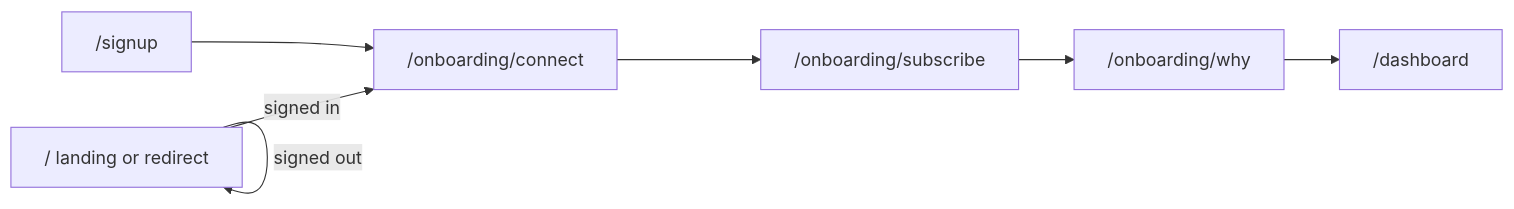
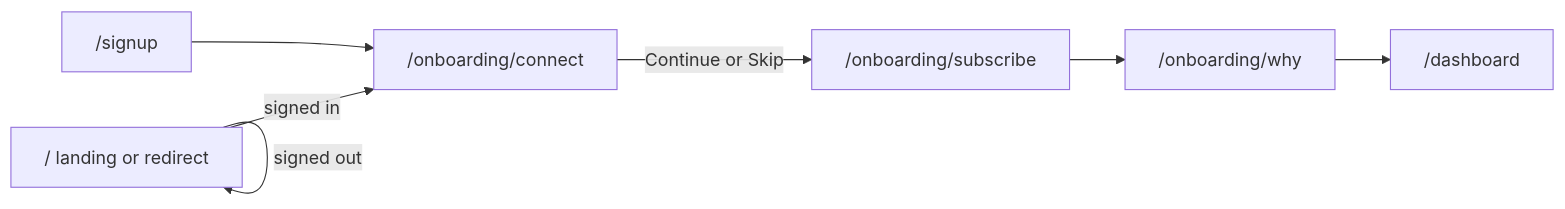
Before and after one commit to myanmd698/atlas4.27: the first of 2 diagrams in ATLAS.md, drawn with Mermaid. The commit also changed other lines of this file, not shown here.

````diff
--- a/ATLAS.md
+++ b/ATLAS.md
@@ -46,16 +49,16 @@
 ```mermaid
 flowchart LR
   Landing["/  landing or redirect"]
   SignUp["/signup"]
   Connect["/onboarding/connect"]
   Subscribe["/onboarding/subscribe"]
   Why["/onboarding/why"]
   Dash["/dashboard"]
 
   Landing -->|signed out| Landing
   Landing -->|signed in| Connect
   SignUp --> Connect
-  Connect --> Subscribe
+  Connect -->|"Continue or Skip"| Subscribe
   Subscribe --> Why
   Why --> Dash
 ```
````
